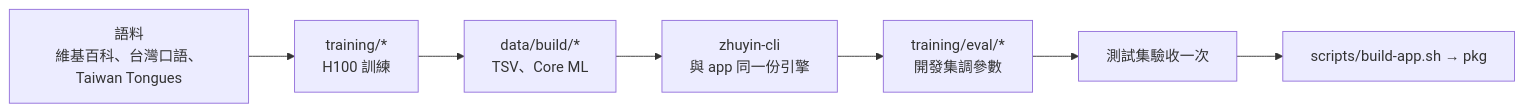
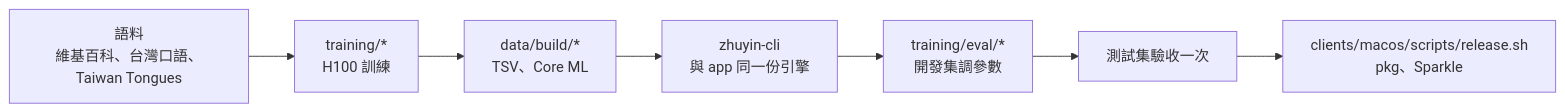
One commit to henry753951/ZhuyinType changed the sixth of 6 diagrams in docs/ARCHITECTURE.md. Above: the diagram before and after it, drawn with Mermaid. The commit also changed other lines of this file and 26 other files, not shown here.

````diff
--- a/docs/ARCHITECTURE.md
+++ b/docs/ARCHITECTURE.md
@@ -133,9 +133,9 @@
 ```mermaid
 flowchart LR
     D["語料<br/>維基百科、台灣口語、Taiwan Tongues"] --> T["training/*<br/>H100 訓練"]
     T --> B["data/build/*<br/>TSV、Core ML"]
     B --> CLI["zhuyin-cli<br/>與 app 同一份引擎"]
     CLI --> E["training/eval/*<br/>開發集調參數"]
     E --> X["測試集驗收一次"]
-    X --> APP["scripts/build-app.sh → pkg"]
+    X --> APP["clients/macos/scripts/release.sh<br/>pkg、Sparkle"]
 ```
````
